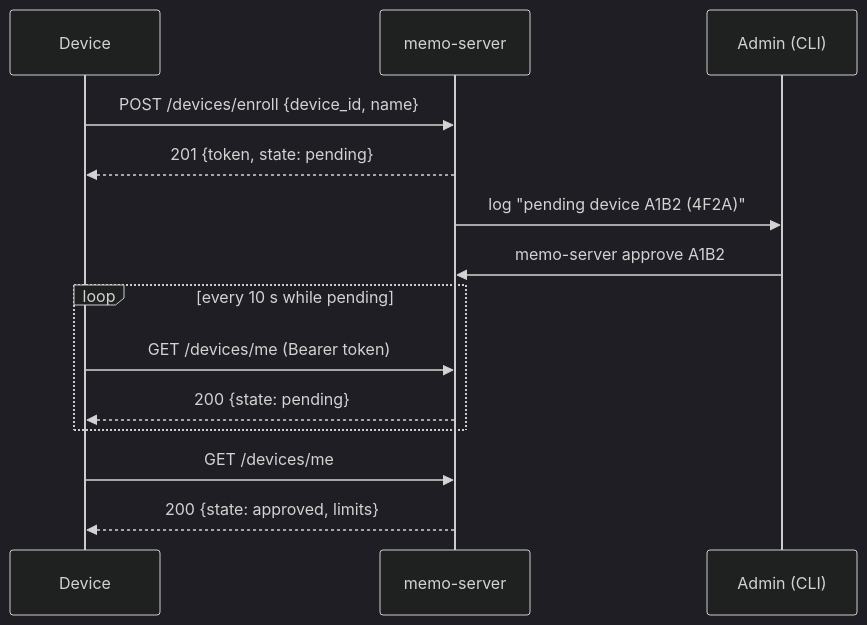
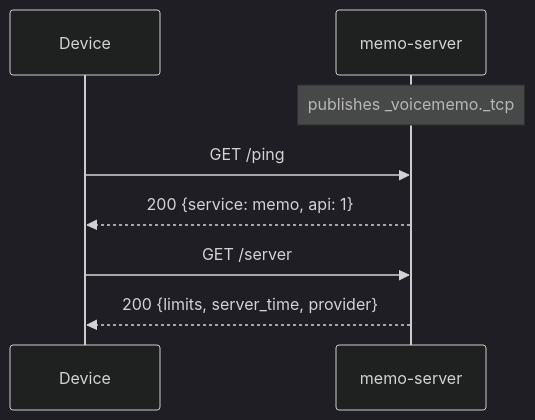
One commit to tf4fun/voice-memo changed the first of 5 diagrams in docs/technical/server.md. Above: the diagram before and after it, drawn with Mermaid (dark theme). The commit also changed other lines of this file and 1 other file, not shown here.

First line of the commit message:
docs(server): drop device approval and complete the memo API

````diff
--- a/docs/technical/server.md
+++ b/docs/technical/server.md
@@ -417,16 +437,10 @@
 ```mermaid
 sequenceDiagram
     participant D as Device
     participant S as memo-server
-    participant A as Admin (CLI)
-    D->>S: POST /devices/enroll {device_id, name}
-    S-->>D: 201 {token, state: pending}
-    S->>A: log "pending device A1B2 (4F2A)"
-    A->>S: memo-server approve A1B2
-    loop every 10 s while pending
-        D->>S: GET /devices/me (Bearer token)
-        S-->>D: 200 {state: pending}
-    end
-    D->>S: GET /devices/me
-    S-->>D: 200 {state: approved, limits}
+    Note over S: publishes _voicememo._tcp
+    D->>S: GET /ping
+    S-->>D: 200 {service: memo, api: 1}
+    D->>S: GET /server
+    S-->>D: 200 {limits, server_time, provider}
 ```
````
